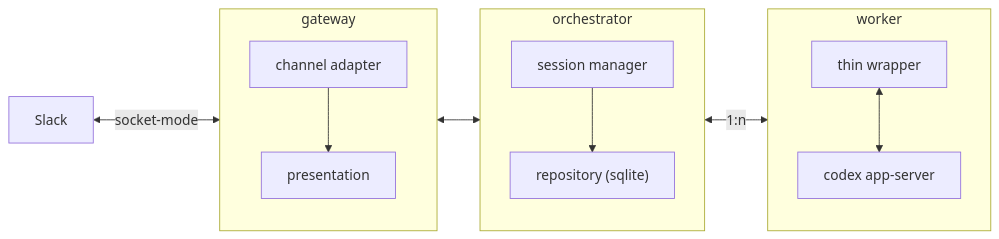
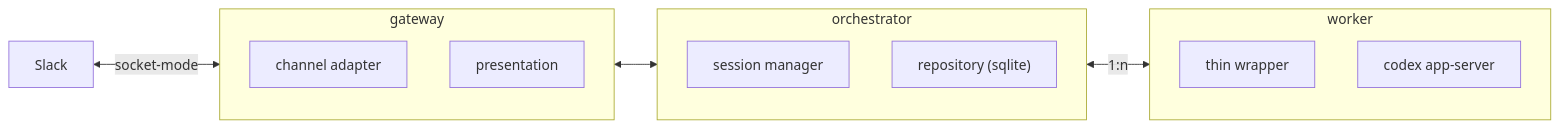
Before and after one commit to yuya296/codex-agent: the diagram in docs/architecture_overview.md, drawn with Mermaid.

Commit message:
doc: 俯瞰図の内部矢印を整理
- 変更理由: architecture overviewの抽象度に合わせて内部サブモジュール間の矢印を削除した
- 動作確認: ドキュメント修正のみのため未実施

````diff
--- a/docs/architecture_overview.md
+++ b/docs/architecture_overview.md
@@ -15,35 +15,29 @@
 ```mermaid
 flowchart LR
   Slack["Slack"]
 
   subgraph Gateway["gateway"]
     direction TB
 
     G1["channel adapter"]
     G2["presentation"]
-
-    G1 --> G2
   end
 
   subgraph Orchestrator["orchestrator"]
     direction TB
 
     O1["session manager"]
     O2["repository (sqlite)"]
-
-    O1 --> O2
   end
 
   subgraph Worker["worker"]
     direction TB
 
     W1["thin wrapper"]
     W2["codex app-server"]
-
-    W1 <--> W2
   end
 
   Slack <-->|socket-mode| Gateway
   Gateway <--> Orchestrator
   Orchestrator <-->|1:n| Worker
 ```
````
